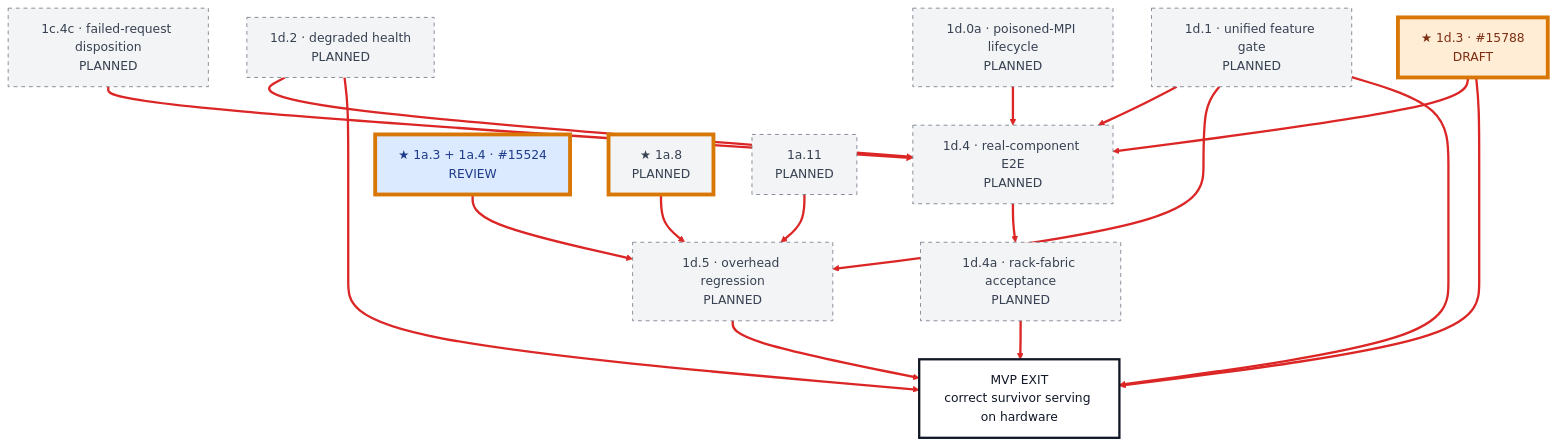
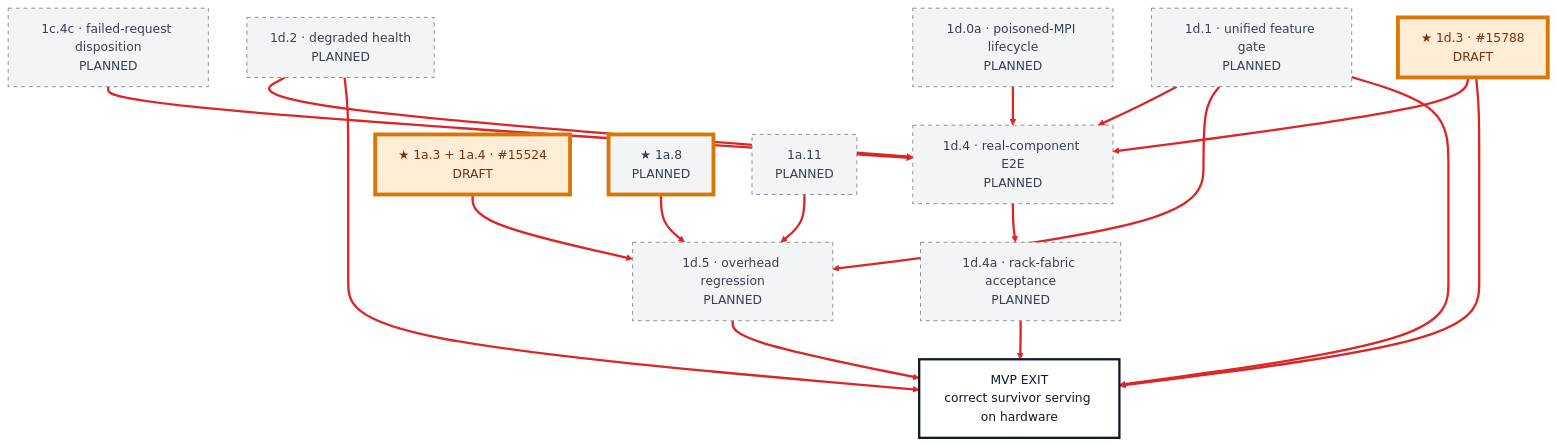
Before and after one commit to chienchunhung/TensorRT-LLM: the seventh of 8 diagrams in docs/design/wide-ep-fault-tolerance/pr-execution/mvp-dependency-graph.md, drawn with Mermaid (forest theme). The commit also changed other lines of this file, not shown here.

Commit message:
docs: add holistic MVP dependency graph

````diff
--- a/docs/design/wide-ep-fault-tolerance/pr-execution/mvp-dependency-graph.md
+++ b/docs/design/wide-ep-fault-tolerance/pr-execution/mvp-dependency-graph.md
@@ -259,45 +392,44 @@
 ```mermaid
 flowchart TB
     C1_4C["1c.4c · failed-request disposition<br/>PLANNED"]
     D1_0A["1d.0a · poisoned-MPI lifecycle<br/>PLANNED"]
     D1_1["1d.1 · unified feature gate<br/>PLANNED"]
     D1_2["1d.2 · degraded health<br/>PLANNED"]
     D1_3["★ 1d.3 · #15788<br/>DRAFT"]
     D1_4["1d.4 · real-component E2E<br/>PLANNED"]
     D1_4A["1d.4a · rack-fabric acceptance<br/>PLANNED"]
-    A1_34["★ 1a.3 + 1a.4 · #15524<br/>REVIEW"]
+    A1_34["★ 1a.3 + 1a.4 · #15524<br/>DRAFT"]
     A1_8["★ 1a.8<br/>PLANNED"]
     A1_11["1a.11<br/>PLANNED"]
     D1_5["1d.5 · overhead regression<br/>PLANNED"]
     MVP_EXIT["MVP EXIT<br/>correct survivor serving on hardware"]
 
     C1_4C --> D1_4
     D1_0A --> D1_4
     D1_1 --> D1_4
     D1_2 --> D1_4
     D1_3 --> D1_4
     D1_4 --> D1_4A
     A1_34 --> D1_5
     A1_8 --> D1_5
     A1_11 --> D1_5
     D1_1 --> D1_5
     D1_1 --> MVP_EXIT
     D1_2 --> MVP_EXIT
     D1_3 --> MVP_EXIT
     D1_4A --> MVP_EXIT
     D1_5 --> MVP_EXIT
 
     linkStyle default stroke:#dc2626,stroke-width:3px;
 
     classDef draft fill:#ffedd5,stroke:#f97316,color:#7c2d12,stroke-width:2px;
     classDef reviewing fill:#dbeafe,stroke:#2563eb,color:#1e3a8a,stroke-width:2px;
     classDef planned fill:#f3f4f6,stroke:#6b7280,color:#374151,stroke-dasharray:5 5;
     classDef gate fill:#ffffff,stroke:#111827,color:#111827,stroke-width:3px;
     classDef candidate stroke:#d97706,stroke-width:5px,stroke-dasharray:0;
 
-    class D1_3 draft;
-    class A1_34 reviewing;
+    class D1_3,A1_34 draft;
     class C1_4C,D1_0A,D1_1,D1_2,D1_4,D1_4A,A1_8,A1_11,D1_5 planned;
     class MVP_EXIT gate;
     class D1_3,A1_34,A1_8 candidate;
 ```
````
